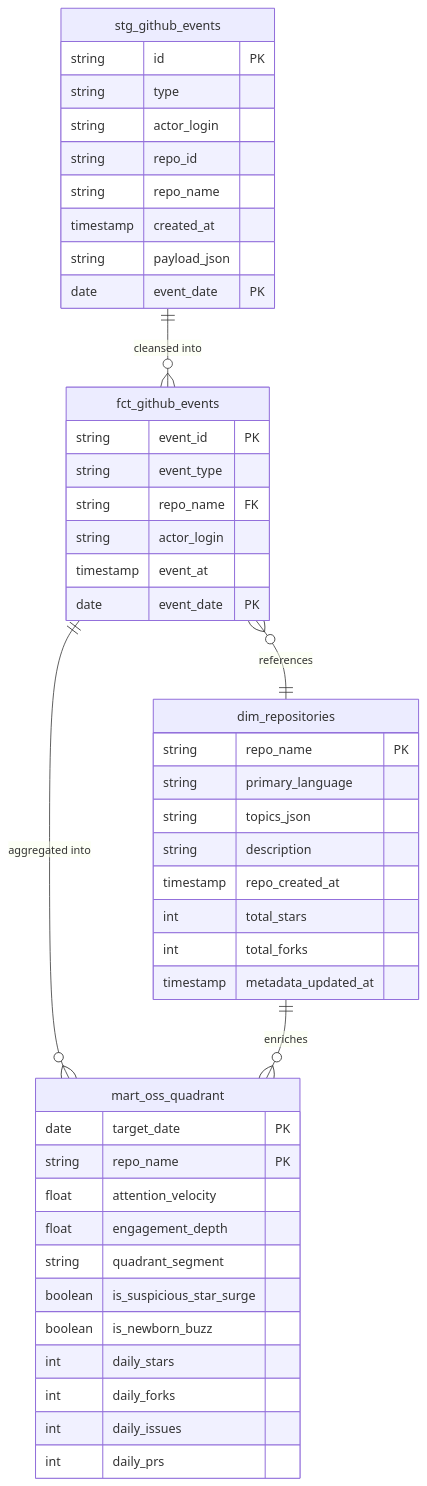
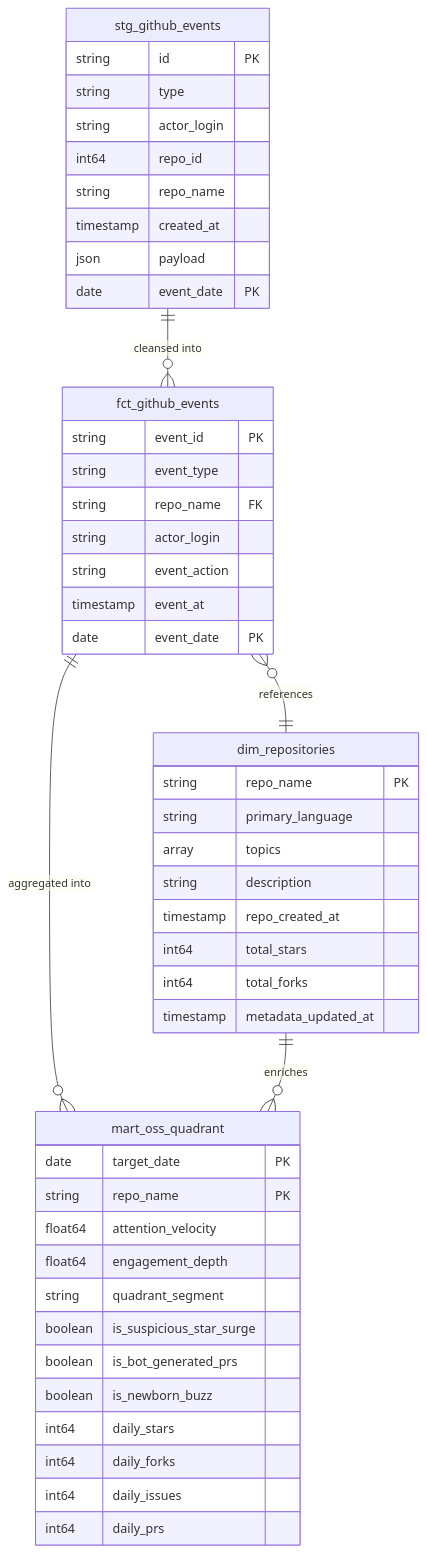
Before and after one commit to xzyozi/gh-archive-lakehouse: the diagram in docs/design/DS-001_データ構造仕様書.md, drawn with Mermaid. The commit also changed other lines of this file and 7 other files, not shown here.

````diff
--- a/docs/design/DS-001_データ構造仕様書.md
+++ b/docs/design/DS-001_データ構造仕様書.md
@@ -63,52 +63,54 @@
 ```mermaid
 erDiagram
     stg_github_events {
         string id PK
         string type
         string actor_login
-        string repo_id
+        int64 repo_id
         string repo_name
         timestamp created_at
-        string payload_json
+        json payload
         date event_date PK
     }
 
     fct_github_events {
         string event_id PK
         string event_type
         string repo_name FK
         string actor_login
+        string event_action
         timestamp event_at
         date event_date PK
     }
 
     dim_repositories {
         string repo_name PK
         string primary_language
-        string topics_json
+        array topics
         string description
         timestamp repo_created_at
-        int total_stars
-        int total_forks
+        int64 total_stars
+        int64 total_forks
         timestamp metadata_updated_at
     }
 
     mart_oss_quadrant {
         date target_date PK
         string repo_name PK
-        float attention_velocity
-        float engagement_depth
+        float64 attention_velocity
+        float64 engagement_depth
         string quadrant_segment
         boolean is_suspicious_star_surge
+        boolean is_bot_generated_prs
         boolean is_newborn_buzz
-        int daily_stars
-        int daily_forks
-        int daily_issues
-        int daily_prs
+        int64 daily_stars
+        int64 daily_forks
+        int64 daily_issues
+        int64 daily_prs
     }
 
     stg_github_events ||--o{ fct_github_events : "cleansed into"
     fct_github_events }o--|| dim_repositories : "references"
     fct_github_events ||--o{ mart_oss_quadrant : "aggregated into"
     dim_repositories ||--o{ mart_oss_quadrant : "enriches"
 ```
````
